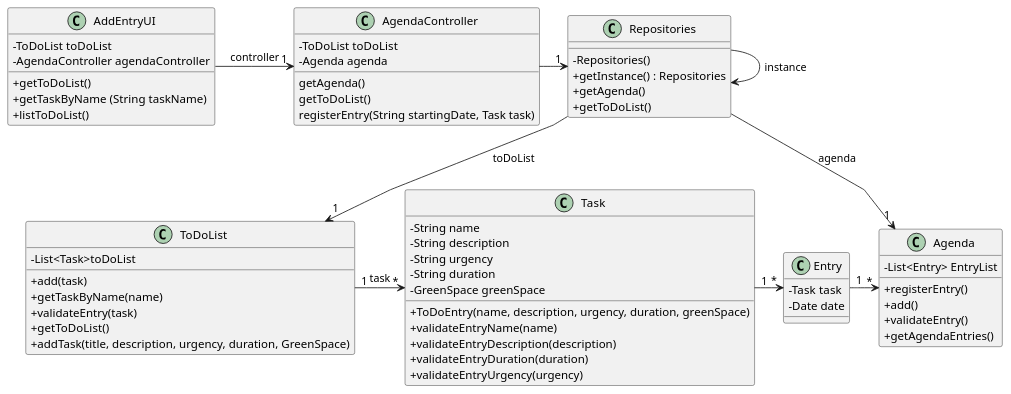
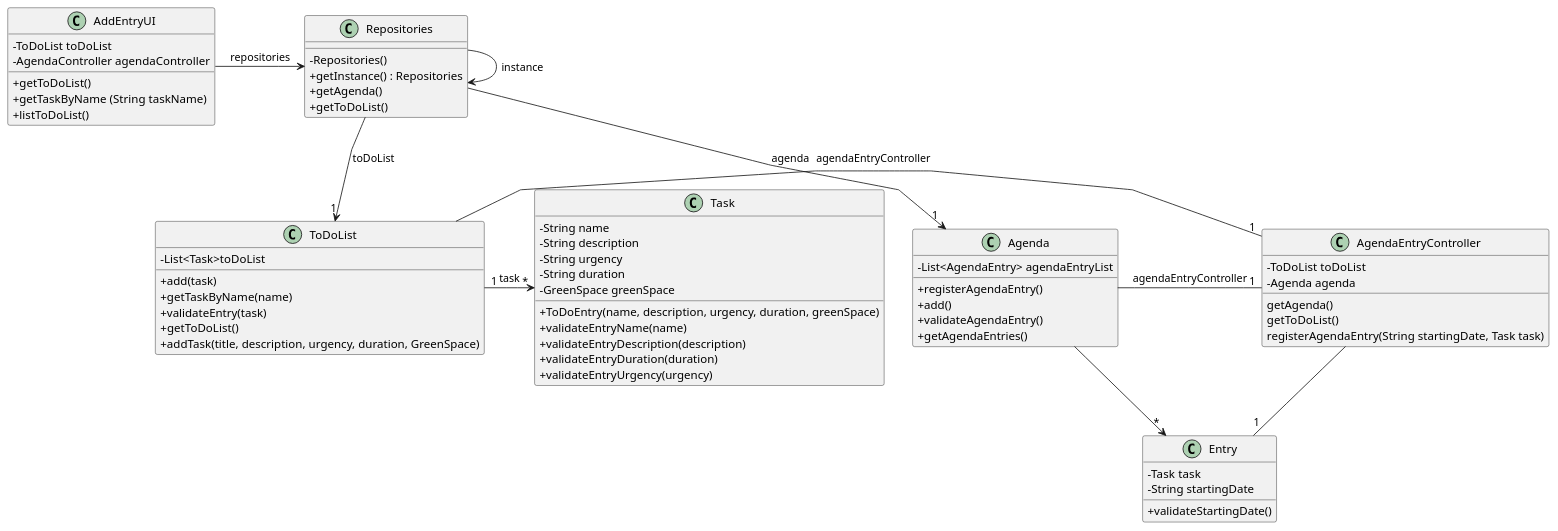
Before and after one commit to Departamento-de-Engenharia-Informatica/lei-24-s2-1dl-g121: the diagram in docs/sprintC/us022/03.design/puml/us022-class-diagram.puml, drawn with PlantUML. The commit also changed 4 other files, not shown here.

```diff
--- a/docs/sprintC/us022/03.design/puml/us022-class-diagram.puml
+++ b/docs/sprintC/us022/03.design/puml/us022-class-diagram.puml
@@ -1,93 +1,96 @@
 @startuml
 'skinparam monochrome true
 skinparam packageStyle rectangle
 skinparam shadowing false
 skinparam linetype polyline
 'skinparam linetype orto
 
 skinparam classAttributeIconSize 0
 
 'left to right direction
 class Repositories {
     - Repositories()
     + getInstance() : Repositories
     + getAgenda()
     + getToDoList()
 }
 class ToDoList{
     -List<Task>toDoList
     +add(task)
     +getTaskByName(name)
     +validateEntry(task)
     +getToDoList()
     +addTask(title, description, urgency, duration, GreenSpace)
     }
 
 
 class Task{
     -String name
     -String description
     -String urgency
     -String duration
     -GreenSpace greenSpace
     +ToDoEntry(name, description, urgency, duration, greenSpace)
     +validateEntryName(name)
     +validateEntryDescription(description)
     +validateEntryDuration(duration)
     +validateEntryUrgency(urgency)
 
 
 }
 
 class Entry{
 -Task task
--Date date
+-String startingDate
++validateStartingDate()
 }
 
 
 class Agenda{
-- List<Entry> EntryList
-+registerEntry()
+- List<AgendaEntry> agendaEntryList
++registerAgendaEntry()
 +add()
-+validateEntry()
++validateAgendaEntry()
 +getAgendaEntries()
 }
 
 
-class AgendaController{
+class AgendaEntryController{
 -ToDoList toDoList
 -Agenda agenda
 getAgenda()
 getToDoList()
-registerEntry(String startingDate, Task task)
+registerAgendaEntry(String startingDate, Task task)
 }
 
 class AddEntryUI{
 -ToDoList toDoList
 -AgendaController agendaController
 +getToDoList()
 +getTaskByName (String taskName)
 +listToDoList()
 }
 
+AddEntryUI -> Repositories : repositories
+
 Repositories -> Repositories : instance
 
 ToDoList "1"-> "*"Task : task
 
 Repositories --> "1"ToDoList : toDoList
 
 Repositories --> "1"Agenda : agenda
 
-AddEntryUI -> "1"AgendaController : controller
+Agenda --> "*"Entry
 
-AgendaController -> "1"Repositories
+Agenda - "1"AgendaEntryController : agendaEntryController
 
-Task "1" -> "*" Entry
+ToDoList - "1"AgendaEntryController : agendaEntryController
 
-Entry "1" -> "*" Agenda
+AgendaEntryController - "1"Entry
 
 
 
 
 
 @enduml
```
